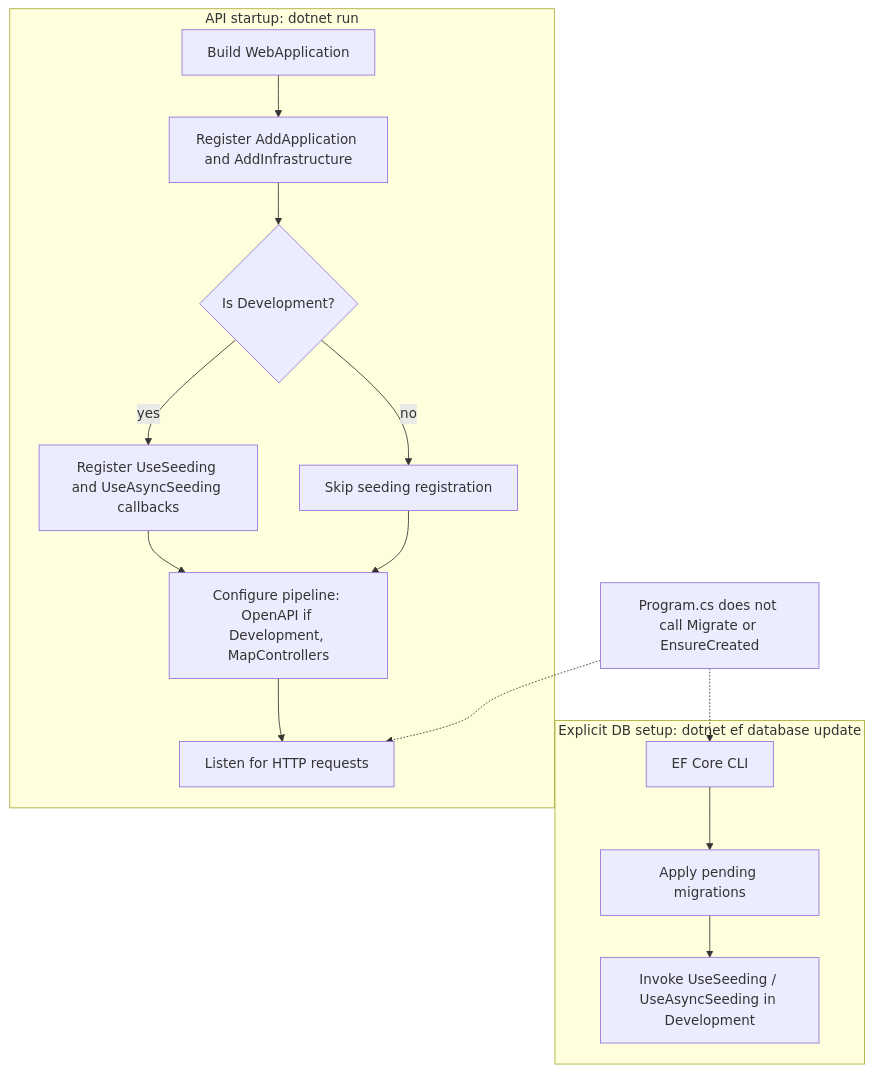
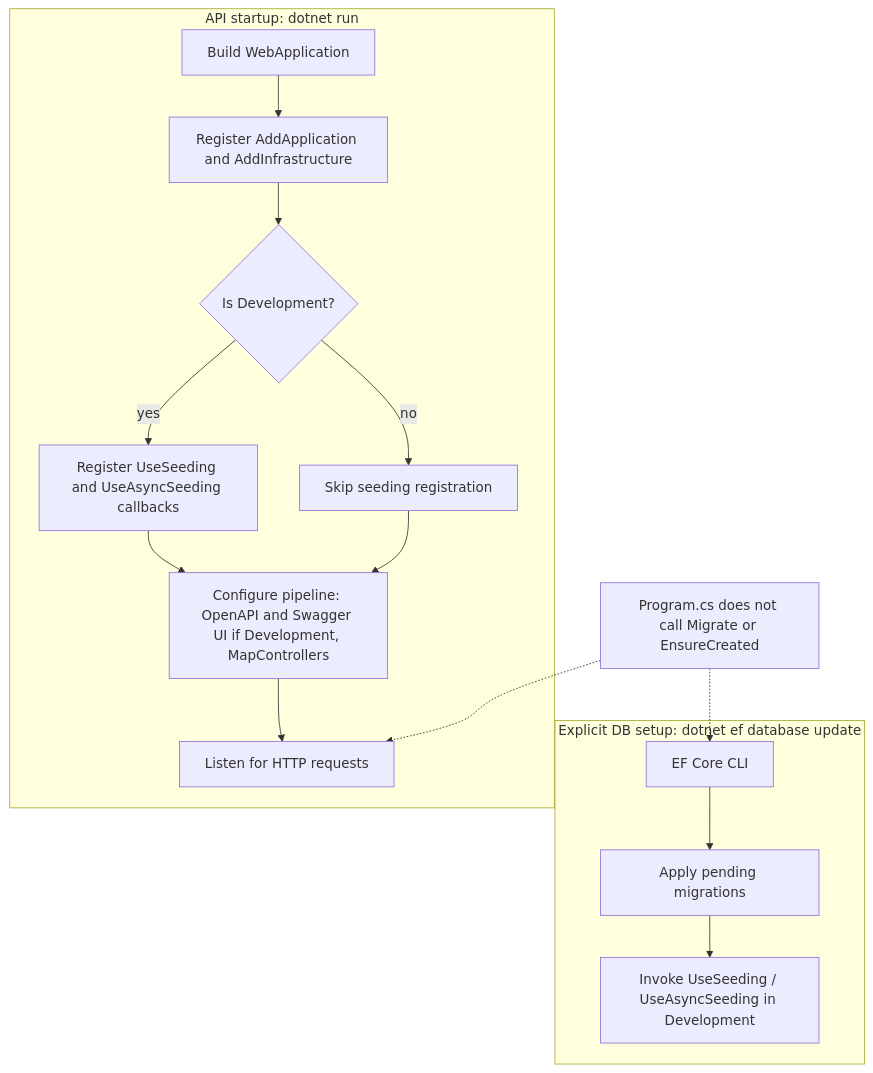
Before and after one commit to abolfathi/rpkTask: the fourth of 4 diagrams in README.md, drawn with Mermaid. The commit also changed other lines of this file and 14 other files, not shown here.

````diff
--- a/README.md
+++ b/README.md
@@ -278,31 +353,31 @@
 ```mermaid
 flowchart TD
   subgraph apiStart [API startup: dotnet run]
     Build[Build WebApplication]
     DI[Register AddApplication and AddInfrastructure]
     SeedReg{"Is Development?"}
     RegisterSeed[Register UseSeeding and UseAsyncSeeding callbacks]
     SkipSeed[Skip seeding registration]
-    Pipeline[Configure pipeline: OpenAPI if Development, MapControllers]
+    Pipeline[Configure pipeline: OpenAPI and Swagger UI if Development, MapControllers]
     Listen[Listen for HTTP requests]
     Build --> DI
     DI --> SeedReg
     SeedReg -->|yes| RegisterSeed
     SeedReg -->|no| SkipSeed
     RegisterSeed --> Pipeline
     SkipSeed --> Pipeline
     Pipeline --> Listen
   end
 
   subgraph dbInit [Explicit DB setup: dotnet ef database update]
     EfCli[EF Core CLI]
     Migrate[Apply pending migrations]
     InvokeSeed[Invoke UseSeeding / UseAsyncSeeding in Development]
     EfCli --> Migrate
     Migrate --> InvokeSeed
   end
 
   Note[Program.cs does not call Migrate or EnsureCreated]
   Note -.-> Listen
   Note -.-> EfCli
 ```
````
